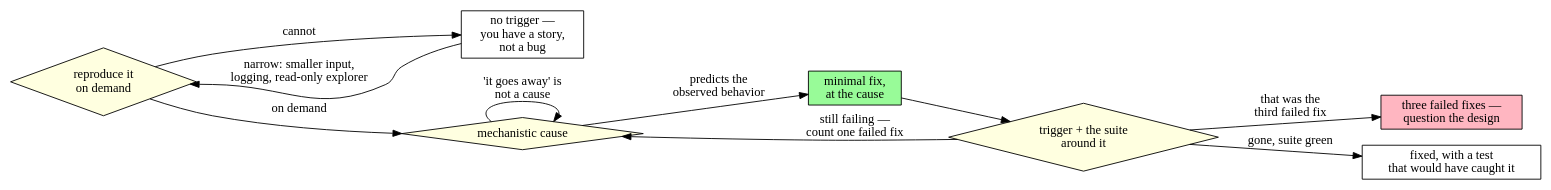
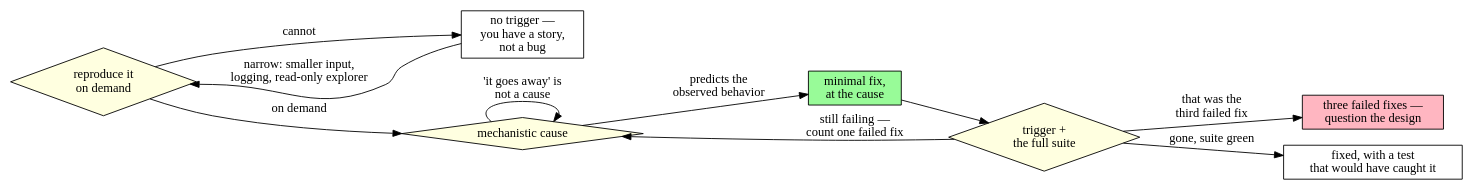
The diagram in skills/systematic-debugging/SKILL.md (sauyon/drovr), drawn with Graphviz before and after one commit.

Commit message:
fix(skills): the cycle flowchart said "the suite around it" too
Gate finding 3 removed the unbounded relative scope from the Iron Law's third
bullet, procedure step 5 and rationalization row 5 — and missed the `verify`
node of the section 6b flowchart, which is a fourth place the same phrase
appears in the same file. The diagram then contradicted the prose beside it,
which is worse than the original wording: §2.3 puts the flowchart there because
it is re-read, so the softened scope was sitting in the most-looked-at artifact
on the page. Self-review caught it.

The phrase now appears nowhere in the file.

````diff
--- a/skills/systematic-debugging/SKILL.md
+++ b/skills/systematic-debugging/SKILL.md
@@ -101,26 +101,26 @@
 ```dot
 digraph debugging_loop {
   rankdir=LR;
   node [shape=box, style=filled, fillcolor=white];
 
   repro  [label="reproduce it\non demand", shape=diamond, fillcolor=lightyellow];
   story  [label="no trigger —\nyou have a story,\nnot a bug"];
   cause  [label="mechanistic cause", shape=diamond, fillcolor=lightyellow];
   fix    [label="minimal fix,\nat the cause", fillcolor=palegreen];
-  verify [label="trigger + the suite\naround it", shape=diamond, fillcolor=lightyellow];
+  verify [label="trigger +\nthe full suite", shape=diamond, fillcolor=lightyellow];
   stop   [label="three failed fixes —\nquestion the design", fillcolor=lightpink];
   // "failed fix" is procedure step 6's unit: a change made, run, and seen to
   // leave the failure in place.
   done   [label="fixed, with a test\nthat would have caught it"];
 
   repro  -> story  [label="cannot"];
   story  -> repro  [label="narrow: smaller input,\nlogging, read-only explorer"];
   repro  -> cause  [label="on demand"];
   cause  -> cause  [label="'it goes away' is\nnot a cause"];
   cause  -> fix    [label="predicts the\nobserved behavior"];
   fix    -> verify;
   verify -> done   [label="gone, suite green"];
   verify -> cause  [label="still failing —\ncount one failed fix"];
   verify -> stop   [label="that was the\nthird failed fix"];
 }
 ```
````
